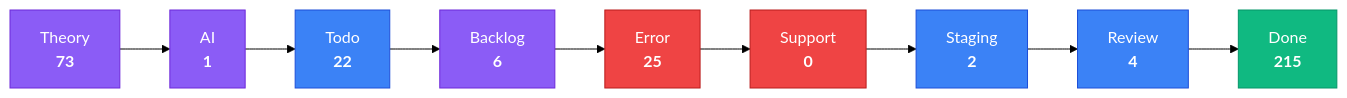
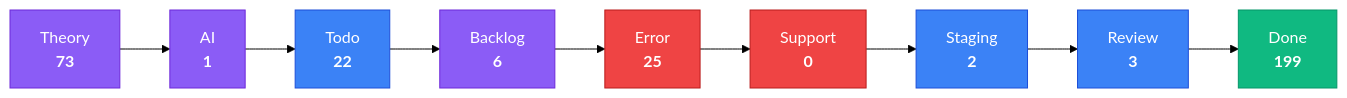
One commit to KBVE/kbve changed the third of 4 diagrams in apps/kbve/astro-kbve/src/content/docs/dashboard/kanban-data.mdx. Above: the diagram before and after it, drawn with Mermaid (forest theme). The commit also changed other lines of this file and 8 other files, not shown here.

````diff
--- a/apps/kbve/astro-kbve/src/content/docs/dashboard/kanban-data.mdx
+++ b/apps/kbve/astro-kbve/src/content/docs/dashboard/kanban-data.mdx
@@ -80,28 +80,28 @@
 ```mermaid
 flowchart LR
     classDef planning fill:#8b5cf6,stroke:#6d28d9,color:#fff
     classDef active fill:#3b82f6,stroke:#1d4ed8,color:#fff
     classDef blocked fill:#ef4444,stroke:#b91c1c,color:#fff
     classDef done fill:#10b981,stroke:#059669,color:#fff
     Theory["Theory<br/><strong>73</strong>"]
     Theory --> AI
     AI["AI<br/><strong>1</strong>"]
     AI --> Todo
     Todo["Todo<br/><strong>22</strong>"]
     Todo --> Backlog
     Backlog["Backlog<br/><strong>6</strong>"]
     Backlog --> Error
     Error["Error<br/><strong>25</strong>"]
     Error --> Support
     Support["Support<br/><strong>0</strong>"]
     Support --> Staging
     Staging["Staging<br/><strong>2</strong>"]
     Staging --> Review
-    Review["Review<br/><strong>4</strong>"]
+    Review["Review<br/><strong>3</strong>"]
     Review --> Done
-    Done["Done<br/><strong>215</strong>"]
+    Done["Done<br/><strong>199</strong>"]
     class Theory,AI,Backlog planning
     class Todo,Staging,Review active
     class Error,Support blocked
     class Done done
 ```
````
